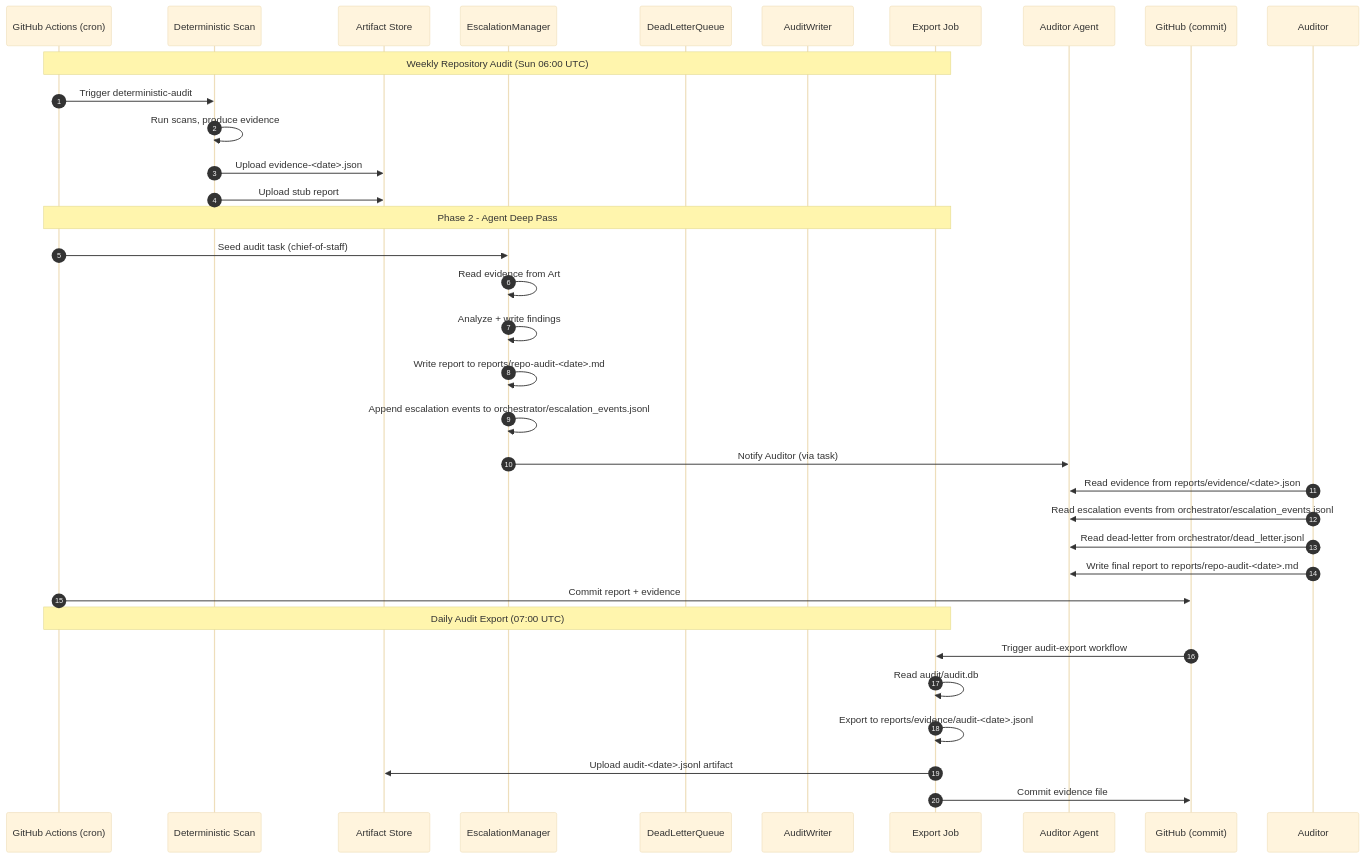
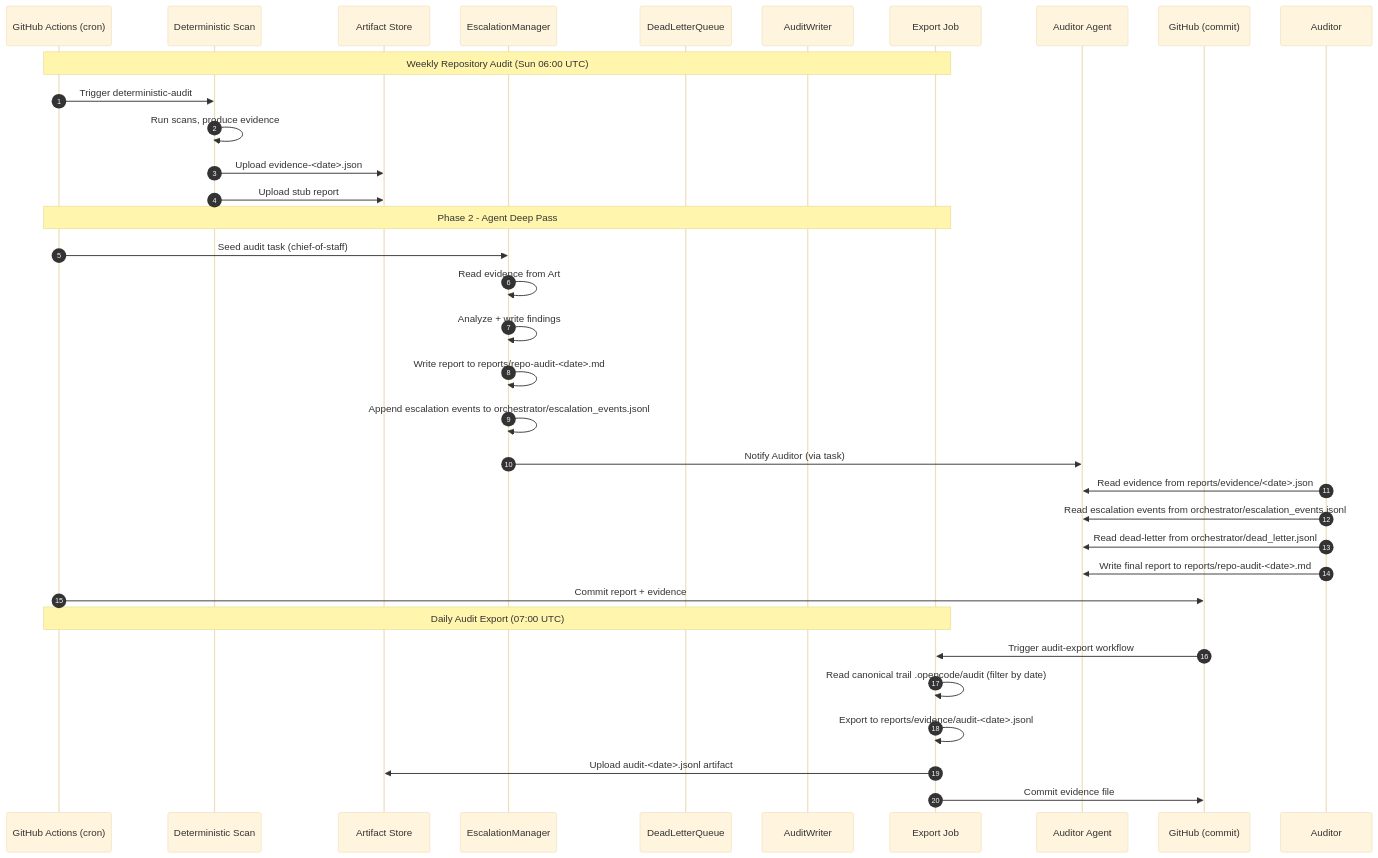
One commit to jmlusu/light-speed-holdings changed the first of 7 diagrams in docs/adr/008-evidence-separation-sequence.md. Above: the diagram before and after it, drawn with Mermaid (base theme). The commit also changed other lines of this file and 18 other files, not shown here.

First line of the commit message:
﻿fix(audit): export canonical JSONL trail with local runner and CI freshness guard

````diff
--- a/docs/adr/008-evidence-separation-sequence.md
+++ b/docs/adr/008-evidence-separation-sequence.md
@@ -9,44 +9,44 @@
 ```mermaid
 sequenceDiagram
     autonumber
     participant GH as GitHub Actions (cron)
     participant Det as Deterministic Scan
     participant Art as Artifact Store
     participant EM as EscalationManager
     participant DLQ as DeadLetterQueue
     participant AW as AuditWriter
     participant Exp as Export Job
     participant Aud as Auditor Agent
     participant GH2 as GitHub (commit)
 
     Note over GH,Exp: Weekly Repository Audit (Sun 06:00 UTC)
 
     GH->>Det: Trigger deterministic-audit
     Det->>Det: Run scans, produce evidence
     Det->>Art: Upload evidence-<date>.json
     Det->>Art: Upload stub report
 
     Note over GH,Exp: Phase 2 - Agent Deep Pass
 
     GH->>EM: Seed audit task (chief-of-staff)
     EM->>EM: Read evidence from Art
     EM->>EM: Analyze + write findings
     EM->>EM: Write report to reports/repo-audit-<date>.md
     EM->>EM: Append escalation events to orchestrator/escalation_events.jsonl
     EM->>Aud: Notify Auditor (via task)
 
     Auditor->>Aud: Read evidence from reports/evidence/<date>.json
     Auditor->>Aud: Read escalation events from orchestrator/escalation_events.jsonl
     Auditor->>Aud: Read dead-letter from orchestrator/dead_letter.jsonl
     Auditor->>Aud: Write final report to reports/repo-audit-<date>.md
 
     GH->>GH2: Commit report + evidence
 
     Note over GH,Exp: Daily Audit Export (07:00 UTC)
 
     GH2->>Exp: Trigger audit-export workflow
-    Exp->>Exp: Read audit/audit.db
+    Exp->>Exp: Read canonical trail .opencode/audit (filter by date)
     Exp->>Exp: Export to reports/evidence/audit-<date>.jsonl
     Exp->>Art: Upload audit-<date>.jsonl artifact
     Exp->>GH2: Commit evidence file
 ```
````
